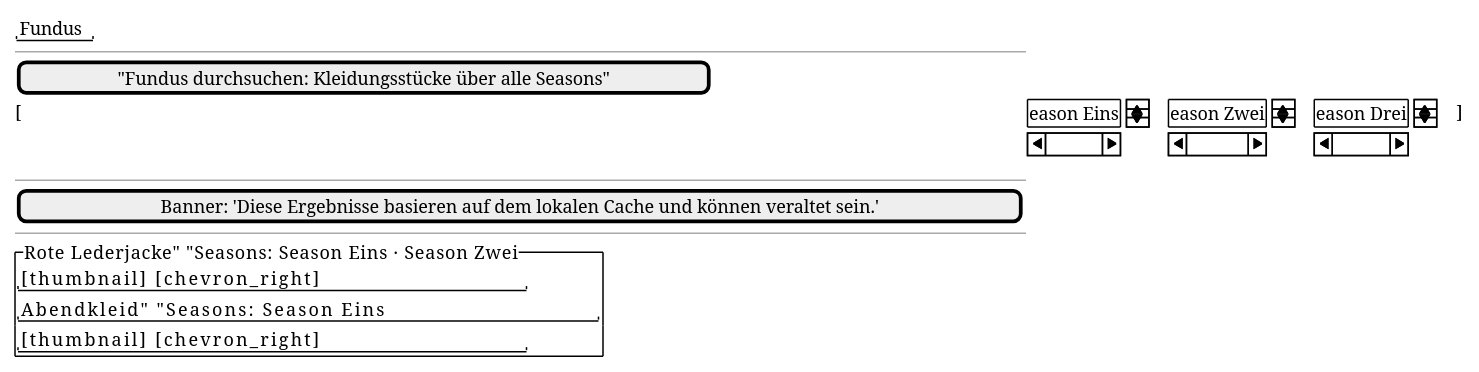
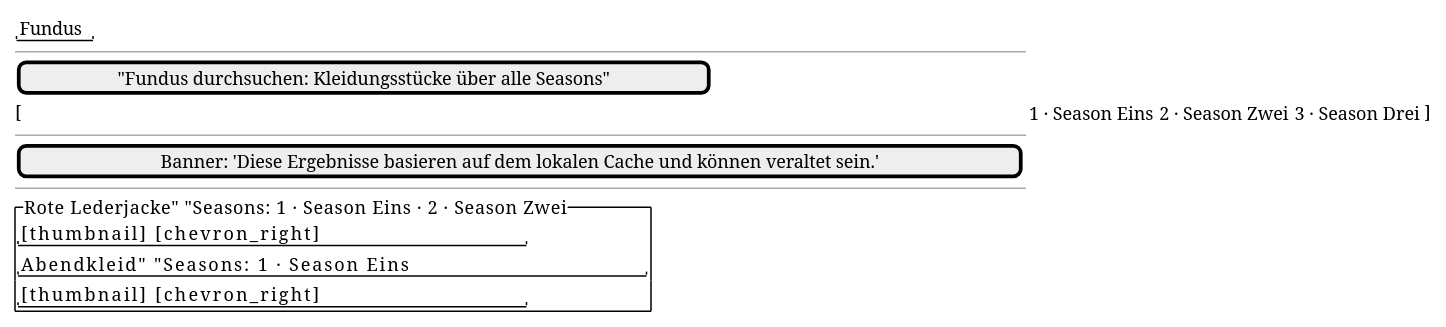
Before and after one commit to tradem/breakdown-rs: the diagram in docs/design/screens/fundus.md, drawn with PlantUML. The commit also changed other lines of this file and 1 other file, not shown here.

Commit message:
docs(design): show number-first season labels in the fundus and seasons specs (issue #840)
The fundus chips and repertoire rows and the seasons-home cards now compose
their labels through `seasonDisplayLabel`, so a season numbered 1 titled
„Season Eins" renders „1 · Season Eins". The two screen specs still drew the
pre-#840 shape; both wireframes and the two copy-key rows now match the
implemented rule, and the seasons-home row names the helper explicitly.

Addresses the CodeRabbit finding on PR #877 (docs/design/screens/fundus.md,
lines 27/31/33).

````diff
--- a/docs/design/screens/fundus.md
+++ b/docs/design/screens/fundus.md
@@ -21,17 +21,17 @@
 ```plantuml
 @startsalt
 {
   "Fundus"
   --
   [ "Fundus durchsuchen: Kleidungsstücke über alle Seasons" ]
-  [ {Season Eins} | {Season Zwei} | {Season Drei} ]
+  [ {1 · Season Eins} | {2 · Season Zwei} | {3 · Season Drei} ]
   --
   [Banner: 'Diese Ergebnisse basieren auf dem lokalen Cache und können veraltet sein.']
   --
-  {^ "Rote Lederjacke"          "Seasons: Season Eins · Season Zwei"
+  {^ "Rote Lederjacke"          "Seasons: 1 · Season Eins · 2 · Season Zwei"
      " [thumbnail]               [chevron_right]"
-     "Abendkleid"                "Seasons: Season Eins"
+     "Abendkleid"                "Seasons: 1 · Season Eins"
      " [thumbnail]               [chevron_right]"}
 }
 @endsalt
 ```
````
